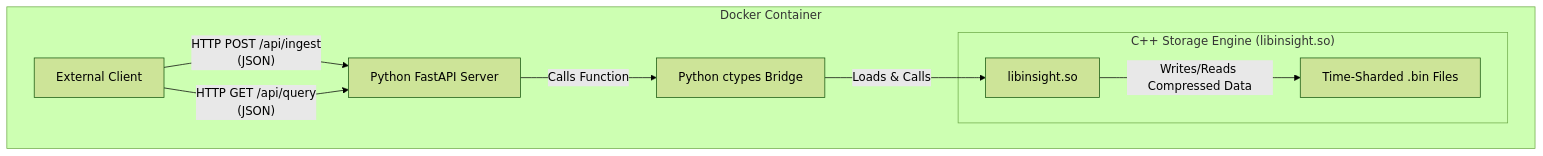
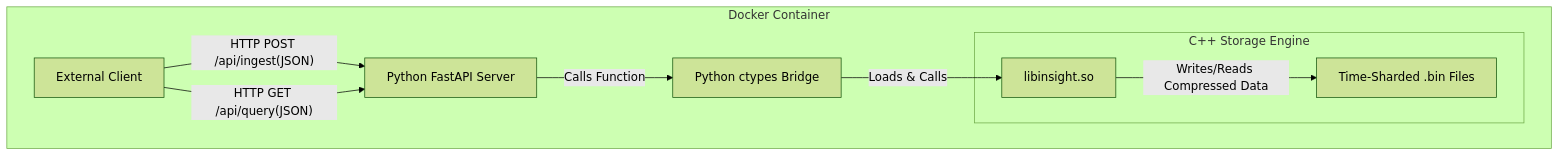
One commit to KaranSinghDev/Time-Series-Databse-Engine changed the diagram in README.md. Above: the diagram before and after it, drawn with Mermaid (forest theme).

````diff
--- a/README.md
+++ b/README.md
@@ -27,14 +27,14 @@
 ```mermaid
 graph TD;
     subgraph "Docker Container"
-        Client[External Client] -- "HTTP POST /api/ingest\n(JSON)" --> FastAPI;
-        Client -- "HTTP GET /api/query\n(JSON)" --> FastAPI;
+        Client[External Client] -- "HTTP POST /api/ingest(JSON)" --> FastAPI;
+        Client -- "HTTP GET /api/query(JSON)" --> FastAPI;
 
         FastAPI[Python FastAPI Server] -- "Calls Function" --> CtypesBridge[Python ctypes Bridge];
         CtypesBridge -- "Loads & Calls" --> CppEngine[libinsight.so];
         
-        subgraph "C++ Storage Engine (libinsight.so)"
+        subgraph "C++ Storage Engine"
             CppEngine -- "Writes/Reads Compressed Data" --> Shards[Time-Sharded .bin Files];
         end
     end
 ```
````
